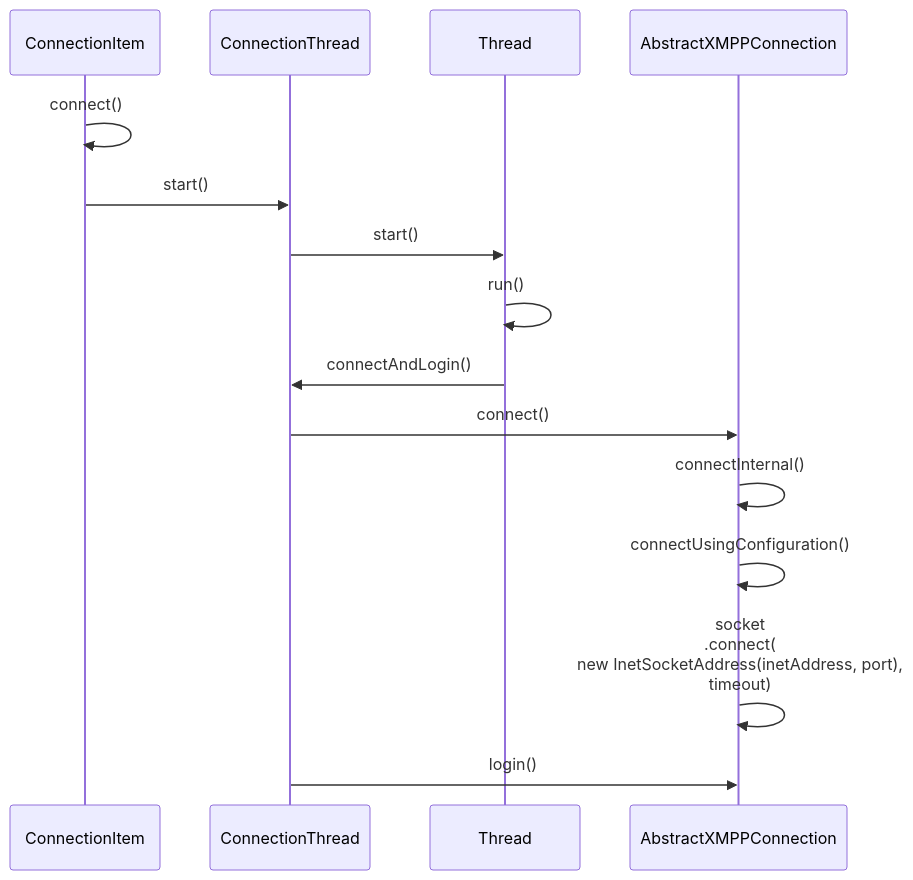
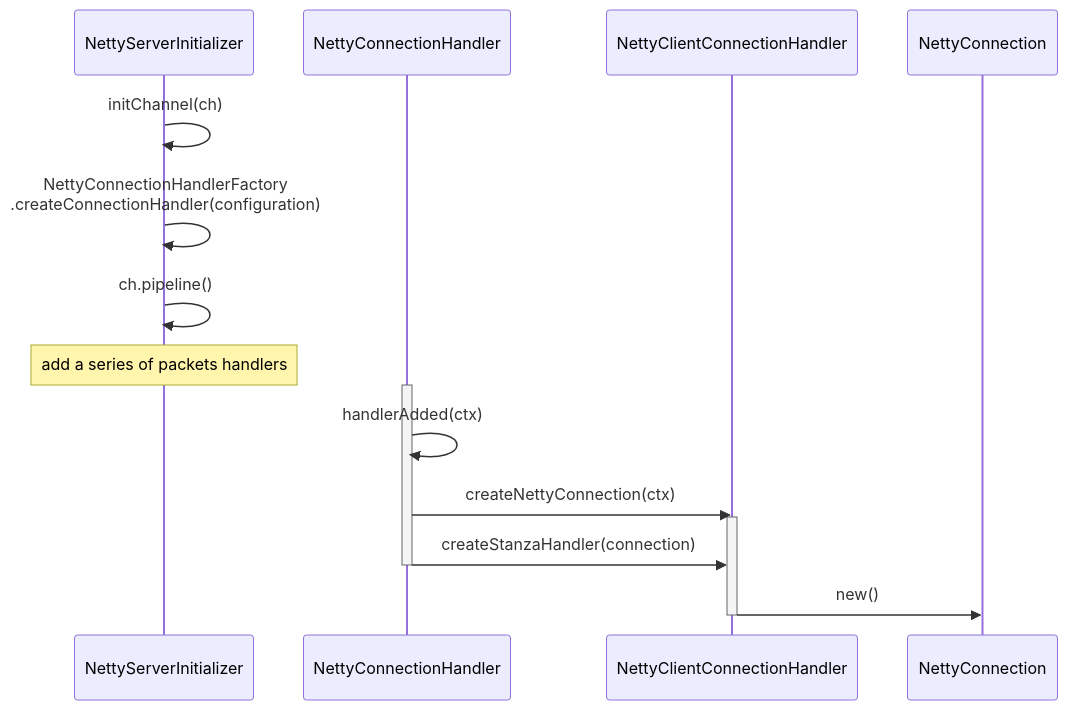
Before and after one commit to chanchan098/Docs: the seventh of 27 diagrams in of-spk-x.md, drawn with Mermaid. The commit also changed other lines of this file, not shown here.

````diff
--- a/of-spk-x.md
+++ b/of-spk-x.md
@@ -211,13 +475,19 @@
 ```mermaid
 sequenceDiagram
-    ConnectionItem->>ConnectionItem: connect()
-    ConnectionItem->>ConnectionThread: start()
-    ConnectionThread->>Thread: start()
-    Thread->>Thread: run()
-    Thread->>ConnectionThread: connectAndLogin()
-    ConnectionThread->>AbstractXMPPConnection: connect()
-    AbstractXMPPConnection->>AbstractXMPPConnection: connectInternal()
-    AbstractXMPPConnection->>AbstractXMPPConnection: connectUsingConfiguration()
-    AbstractXMPPConnection->>AbstractXMPPConnection: socket<br>.connect(<br>new InetSocketAddress(inetAddress, port), <br>timeout)
-    ConnectionThread->>AbstractXMPPConnection: login()
+    NettyServerInitializer->>NettyServerInitializer: initChannel(ch)
+    NettyServerInitializer->>NettyServerInitializer: NettyConnectionHandlerFactory<br>.createConnectionHandler(configuration)
+    NettyServerInitializer->>NettyServerInitializer: ch.pipeline()
+    Note over NettyServerInitializer: add a series of packets handlers
+    
+    activate NettyConnectionHandler
+    NettyConnectionHandler->>NettyConnectionHandler: handlerAdded(ctx)
+
+    NettyConnectionHandler->>NettyClientConnectionHandler: createNettyConnection(ctx)
+
+    activate NettyClientConnectionHandler
+    NettyConnectionHandler->>NettyClientConnectionHandler: createStanzaHandler(connection)
+    deactivate NettyConnectionHandler
+
+    NettyClientConnectionHandler->>NettyConnection: new()
+    deactivate NettyClientConnectionHandler
 ```
````
